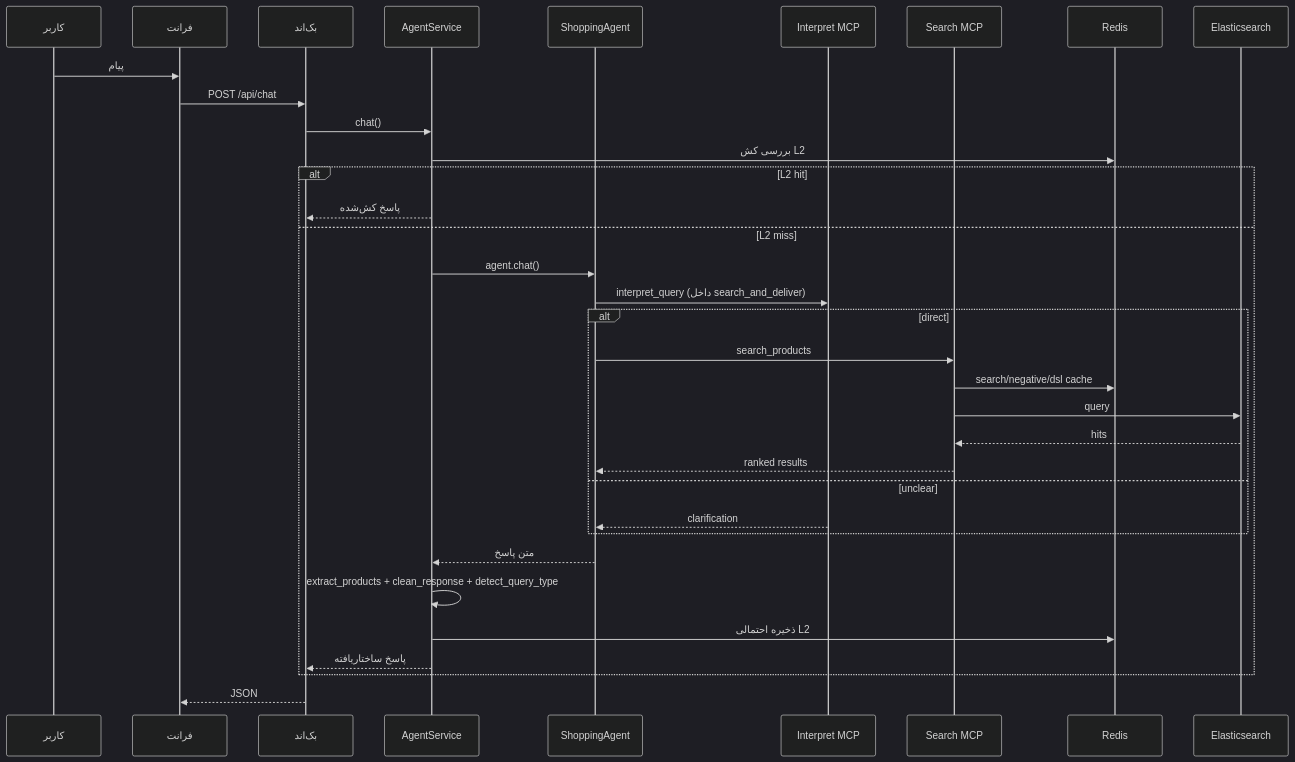
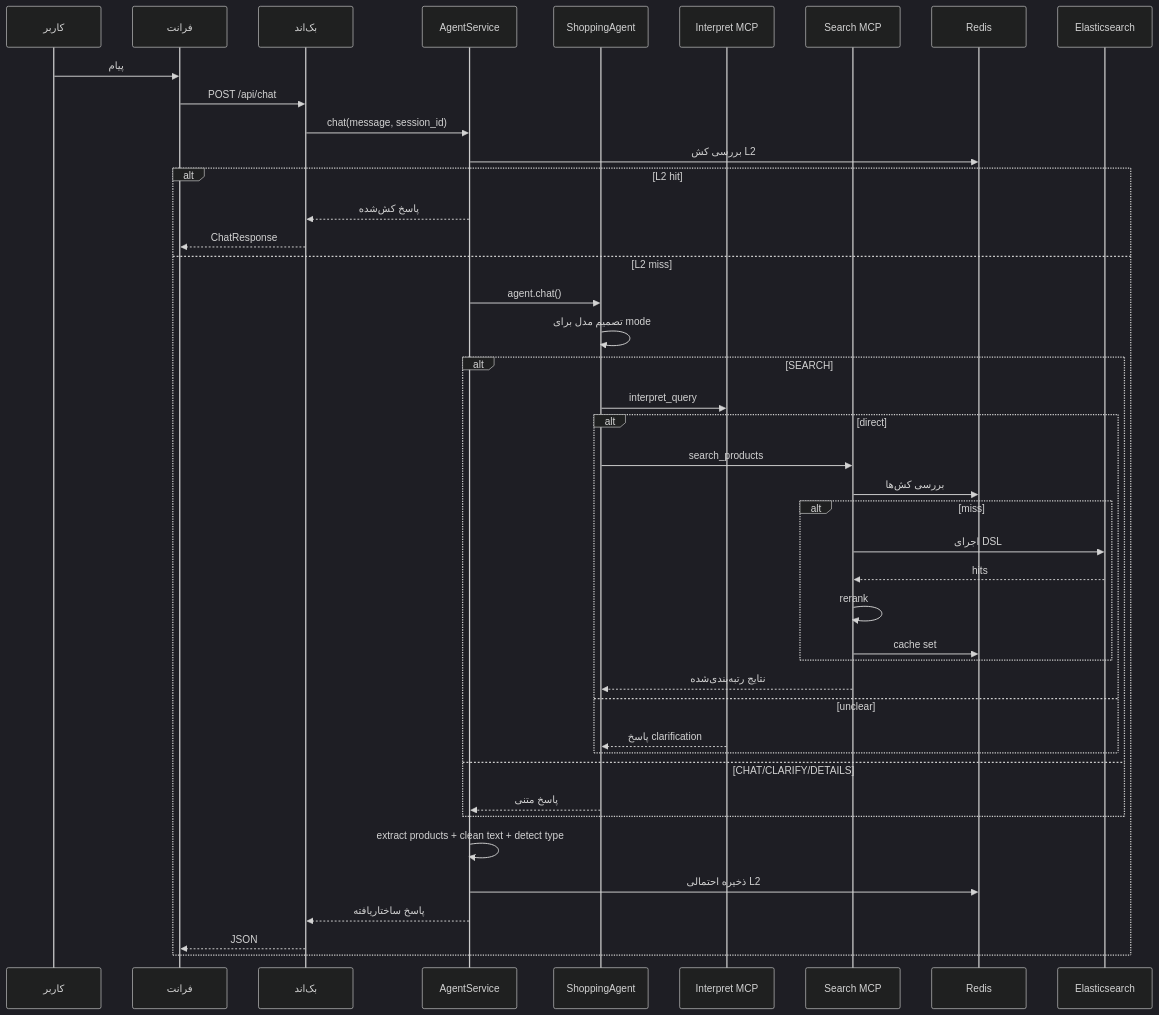
One commit to 11linear11/ShoppingAiAssistant changed the second of 3 diagrams in docs/fa/ARCHITECTURE.md. Above: the diagram before and after it, drawn with Mermaid (dark theme). The commit also changed other lines of this file and 10 other files, not shown here.

Commit message:
Rewrite full project docs with updated architecture schematics

````diff
--- a/docs/fa/ARCHITECTURE.md
+++ b/docs/fa/ARCHITECTURE.md
@@ -49,37 +46,47 @@
 ```mermaid
 sequenceDiagram
   participant U as کاربر
   participant FE as فرانت
   participant BE as بک‌اند
   participant AS as AgentService
   participant AG as ShoppingAgent
   participant IN as Interpret MCP
   participant SE as Search MCP
   participant RD as Redis
   participant ES as Elasticsearch
 
   U->>FE: پیام
   FE->>BE: POST /api/chat
-  BE->>AS: chat()
+  BE->>AS: chat(message, session_id)
   AS->>RD: بررسی کش L2
+
   alt L2 hit
     AS-->>BE: پاسخ کش‌شده
+    BE-->>FE: ChatResponse
   else L2 miss
     AS->>AG: agent.chat()
-    AG->>IN: interpret_query (داخل search_and_deliver)
-    alt direct
-      AG->>SE: search_products
-      SE->>RD: search/negative/dsl cache
-      SE->>ES: query
-      ES-->>SE: hits
-      SE-->>AG: ranked results
-    else unclear
-      IN-->>AG: clarification
+    AG->>AG: تصمیم مدل برای mode
+    alt SEARCH
+      AG->>IN: interpret_query
+      alt direct
+        AG->>SE: search_products
+        SE->>RD: بررسی کش‌ها
+        alt miss
+          SE->>ES: اجرای DSL
+          ES-->>SE: hits
+          SE->>SE: rerank
+          SE->>RD: cache set
+        end
+        SE-->>AG: نتایج رتبه‌بندی‌شده
+      else unclear
+        IN-->>AG: پاسخ clarification
+      end
+    else CHAT/CLARIFY/DETAILS
+      AG-->>AS: پاسخ متنی
     end
-    AG-->>AS: متن پاسخ
-    AS->>AS: extract_products + clean_response + detect_query_type
+    AS->>AS: extract products + clean text + detect type
     AS->>RD: ذخیره احتمالی L2
     AS-->>BE: پاسخ ساختاریافته
+    BE-->>FE: JSON
   end
-  BE-->>FE: JSON
 ```
````
